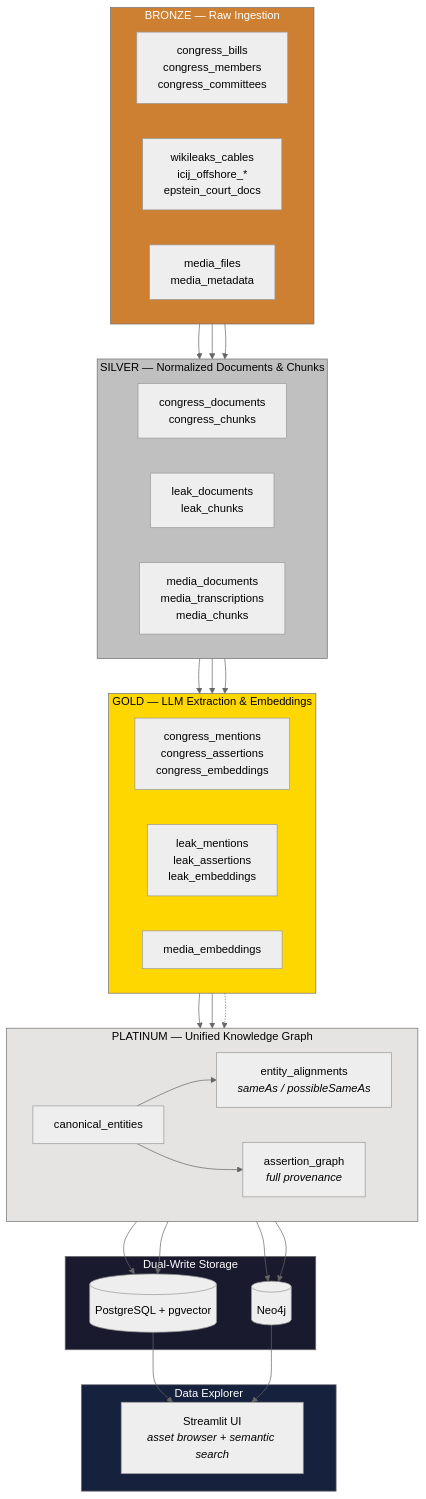
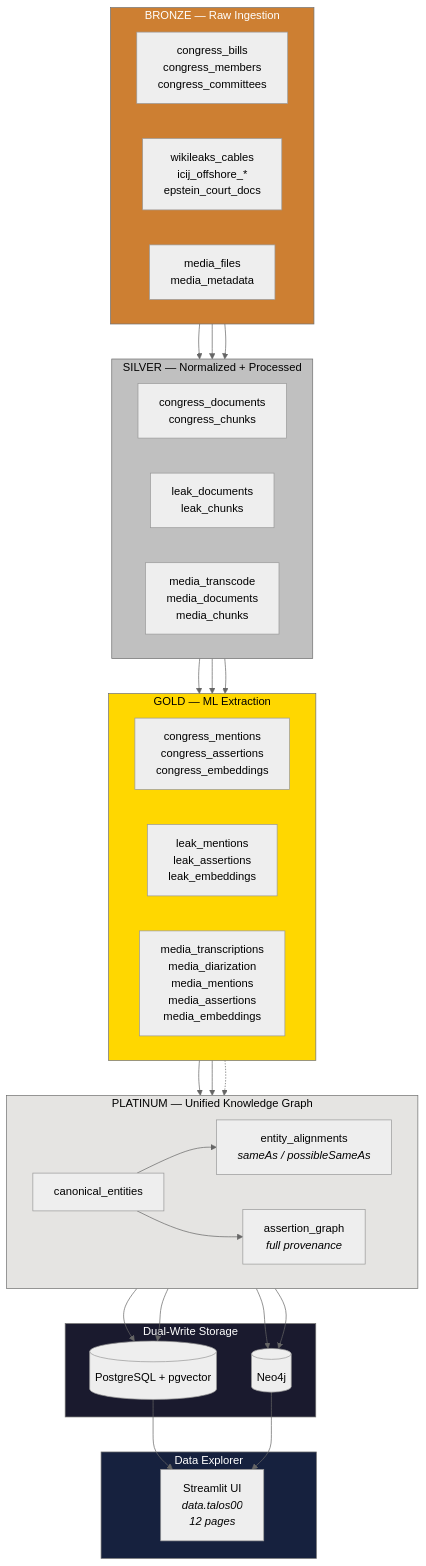
One commit to TheBranchDriftCatalyst/catalyst-data changed the fifth of 6 diagrams in docs/diagrams/media-ingest-architecture.md. Above: the diagram before and after it, drawn with Mermaid (neutral theme). The commit also changed other lines of this file, not shown here.

Commit message:
docs: update architecture diagrams for 10-asset pipeline with split transcription/diarization

````diff
--- a/docs/diagrams/media-ingest-architecture.md
+++ b/docs/diagrams/media-ingest-architecture.md
@@ -82,65 +143,65 @@
 ```mermaid
 graph TB
     subgraph Bronze["BRONZE — Raw Ingestion"]
         direction LR
         CB[congress_bills<br/>congress_members<br/>congress_committees]
         LB[wikileaks_cables<br/>icij_offshore_*<br/>epstein_court_docs]
         MB[media_files<br/>media_metadata]
     end
 
-    subgraph Silver["SILVER — Normalized Documents & Chunks"]
+    subgraph Silver["SILVER — Normalized + Processed"]
         direction LR
         CS[congress_documents<br/>congress_chunks]
         LS[leak_documents<br/>leak_chunks]
-        MS[media_documents<br/>media_transcriptions<br/>media_chunks]
+        MS[media_transcode<br/>media_documents<br/>media_chunks]
     end
 
-    subgraph Gold["GOLD — LLM Extraction & Embeddings"]
+    subgraph Gold["GOLD — ML Extraction"]
         direction LR
         CG[congress_mentions<br/>congress_assertions<br/>congress_embeddings]
         LG[leak_mentions<br/>leak_assertions<br/>leak_embeddings]
-        MG[media_embeddings]
+        MG[media_transcriptions<br/>media_diarization<br/>media_mentions<br/>media_assertions<br/>media_embeddings]
     end
 
     subgraph Platinum["PLATINUM — Unified Knowledge Graph"]
         direction LR
         CE[canonical_entities]
         EA[entity_alignments<br/><i>sameAs / possibleSameAs</i>]
         AG[assertion_graph<br/><i>full provenance</i>]
     end
 
     subgraph Storage["Dual-Write Storage"]
         PG[(PostgreSQL + pgvector)]
         N4J[(Neo4j)]
     end
 
     subgraph UI["Data Explorer"]
-        SE[Streamlit UI<br/><i>asset browser + semantic search</i>]
+        SE[Streamlit UI<br/><i>data.talos00<br/>12 pages</i>]
     end
 
     CB --> CS --> CG
     LB --> LS --> LG
     MB --> MS --> MG
 
     CG --> CE
     LG --> CE
     MG -.-> CE
 
     CE --> EA
     CE --> AG
 
     AG --> PG
     AG --> N4J
     EA --> PG
     EA --> N4J
 
     PG --> SE
     N4J --> SE
 
     style Bronze fill:#cd7f32,color:#fff
     style Silver fill:#c0c0c0,color:#000
     style Gold fill:#ffd700,color:#000
     style Platinum fill:#e5e4e2,color:#000
     style Storage fill:#1a1a2e,color:#fff
     style UI fill:#16213e,color:#fff
 ```
````
